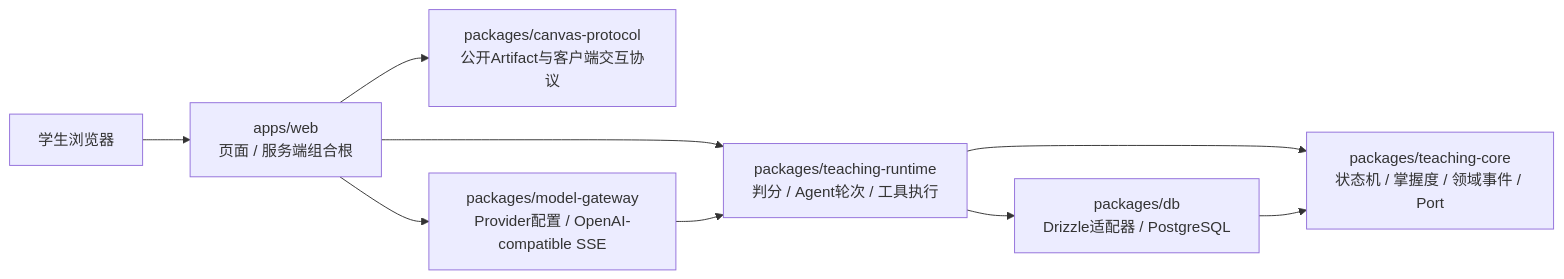
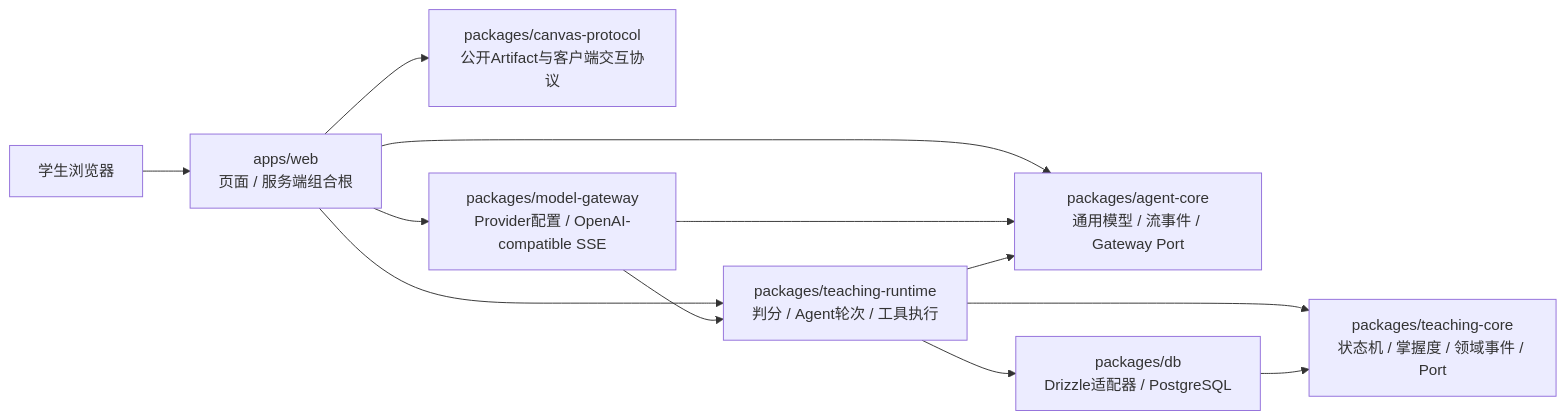
One commit to Timcai06/EduCanvas changed the second of 2 diagrams in docs/02-architecture/system-architecture.md. Above: the diagram before and after it, drawn with Mermaid. The commit also changed other lines of this file and 35 other files, not shown here.

````diff
--- a/docs/02-architecture/system-architecture.md
+++ b/docs/02-architecture/system-architecture.md
@@ -38,11 +38,14 @@
 ```mermaid
 flowchart LR
     student[学生浏览器] --> web["apps/web<br/>页面 / 服务端组合根"]
+    web --> agent["packages/agent-core<br/>通用模型 / 流事件 / Gateway Port"]
     web --> canvas["packages/canvas-protocol<br/>公开Artifact与客户端交互协议"]
     web --> runtime["packages/teaching-runtime<br/>判分 / Agent轮次 / 工具执行"]
     web --> gateway["packages/model-gateway<br/>Provider配置 / OpenAI-compatible SSE"]
+    gateway --> agent
+    runtime --> agent
     runtime --> teaching["packages/teaching-core<br/>状态机 / 掌握度 / 领域事件 / Port"]
     runtime --> db["packages/db<br/>Drizzle适配器 / PostgreSQL"]
     gateway --> runtime
     db --> teaching
 ```
````
